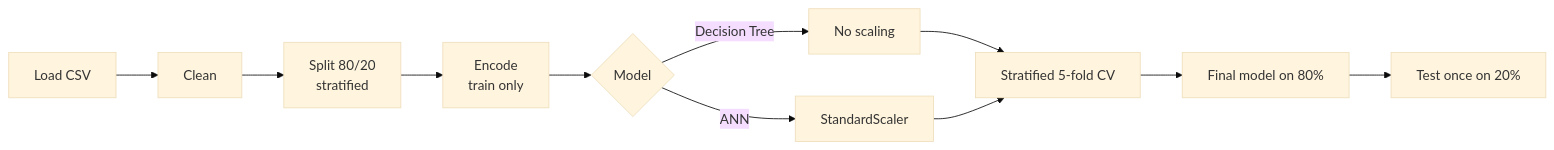
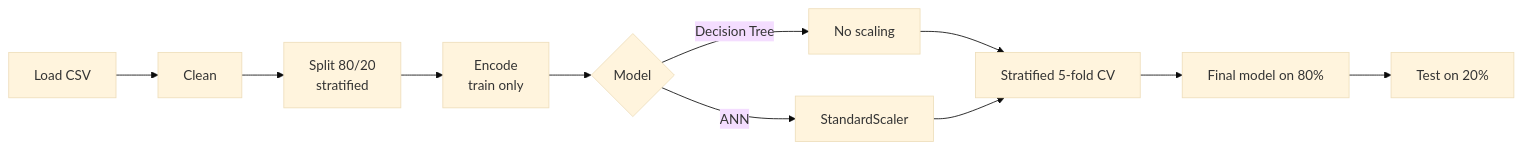
One commit to tayyabexe/Machine-Learning-Project-6th-Semester changed the diagram in README.md. Above: the diagram before and after it, drawn with Mermaid (base theme). The commit also changed other lines of this file and 9 other files, not shown here.

````diff
--- a/README.md
+++ b/README.md
@@ -120,13 +120,13 @@
 ```mermaid
 flowchart LR
     A[Load CSV] --> B[Clean]
     B --> C[Split 80/20<br/>stratified]
     C --> D[Encode<br/>train only]
     D --> E{Model}
     E -->|Decision Tree| F[No scaling]
     E -->|ANN| G[StandardScaler]
     F --> H[Stratified 5-fold CV]
     G --> H
     H --> I[Final model on 80%]
-    I --> J[Test once on 20%]
+    I --> J[Test on 20%]
 ```
````
